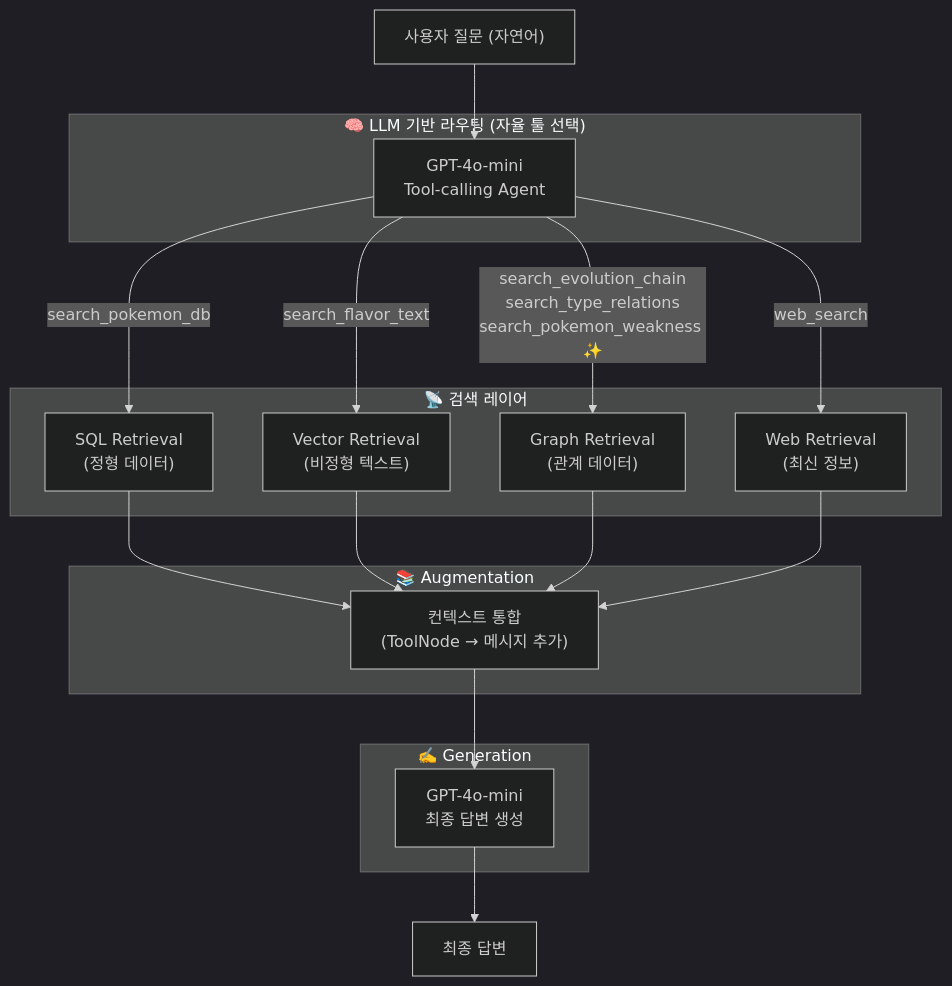
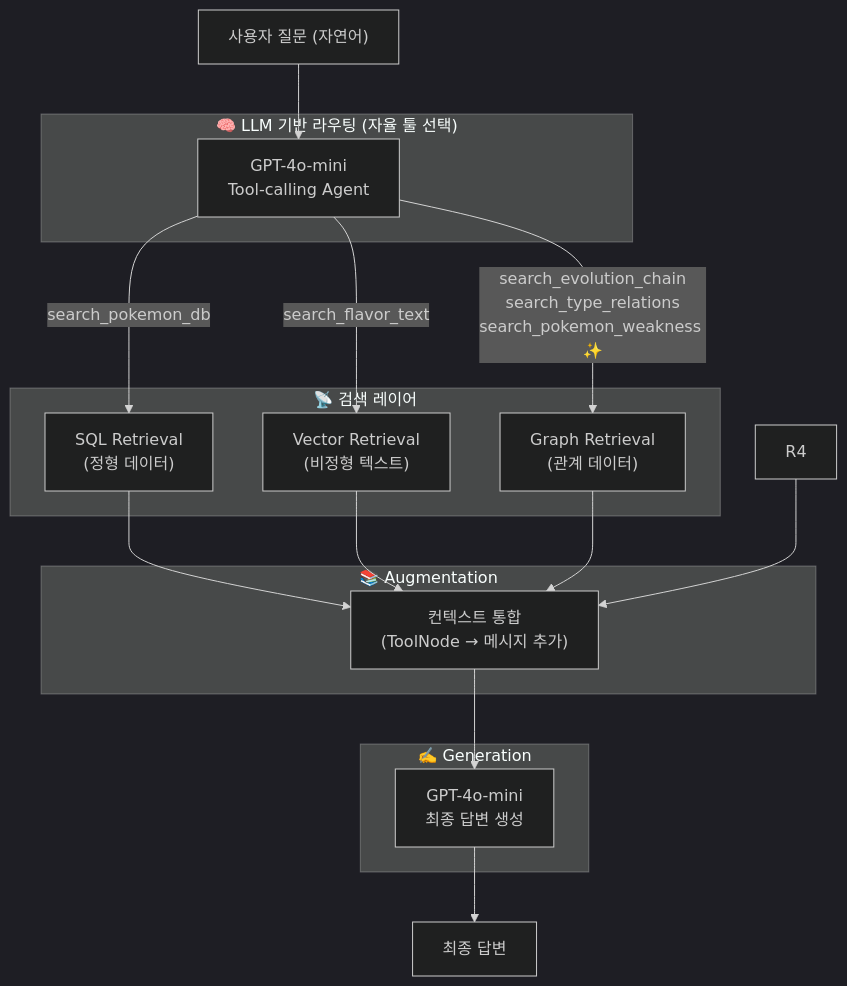
Before and after one commit to SKNETWORKS-FAMILY-AICAMP/SKN27-3rd-3TEAM: the first of 6 diagrams in docs/챗봇/07_RAG_데이터파이프라인설계도.md, drawn with Mermaid (dark theme). The commit also changed 5 other files, not shown here.

````diff
--- a/docs/챗봇/07_RAG_데이터파이프라인설계도.md
+++ b/docs/챗봇/07_RAG_데이터파이프라인설계도.md
@@ -15,33 +15,31 @@
 ```mermaid
 flowchart TB
     Q["사용자 질문 (자연어)"]
 
     subgraph ROUTING["🧠 LLM 기반 라우팅 (자율 툴 선택)"]
         AGENT["GPT-4o-mini\nTool-calling Agent"]
     end
 
     subgraph RETRIEVAL["📡 검색 레이어"]
         R1["SQL Retrieval\n(정형 데이터)"]
         R2["Vector Retrieval\n(비정형 텍스트)"]
         R3["Graph Retrieval\n(관계 데이터)"]
-        R4["Web Retrieval\n(최신 정보)"]
     end
 
     subgraph AUGMENT["📚 Augmentation"]
         CTX["컨텍스트 통합\n(ToolNode → 메시지 추가)"]
     end
 
     subgraph GENERATE["✍️ Generation"]
         GEN["GPT-4o-mini\n최종 답변 생성"]
     end
 
     Q --> AGENT
     AGENT -->|search_pokemon_db| R1
     AGENT -->|search_flavor_text| R2
     AGENT -->|"search_evolution_chain\nsearch_type_relations\nsearch_pokemon_weakness ✨"| R3
-    AGENT -->|web_search| R4
 
     R1 & R2 & R3 & R4 --> CTX
     CTX --> GEN
     GEN --> ANS["최종 답변"]
 ```
````
